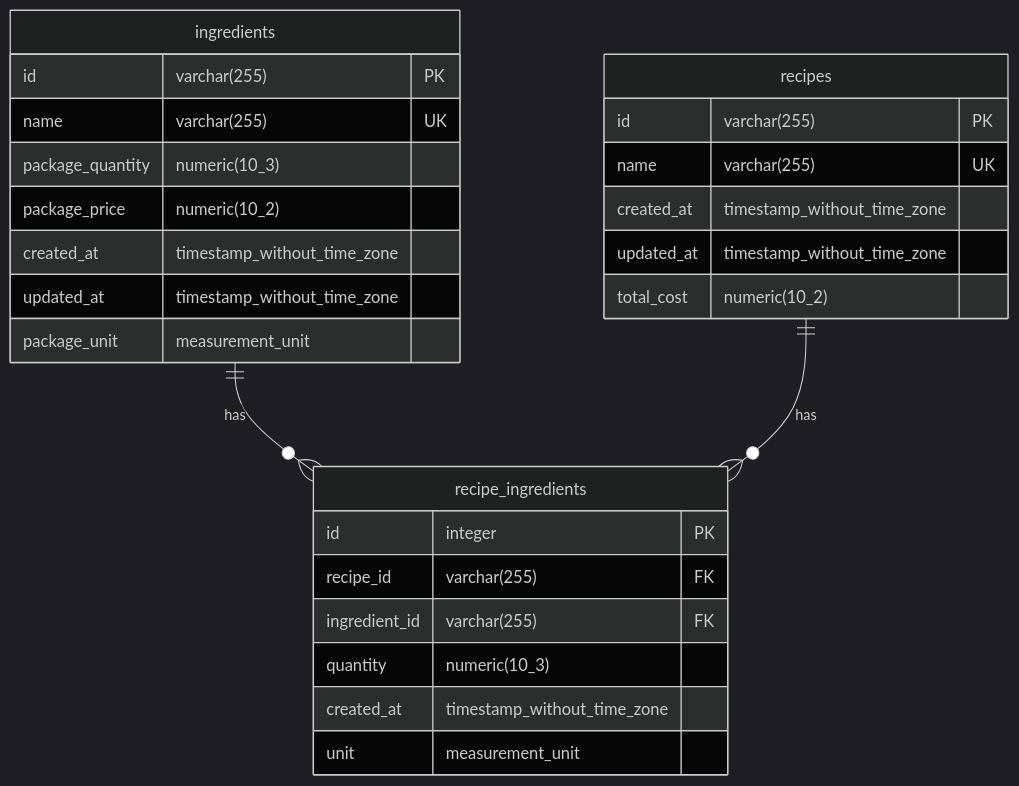
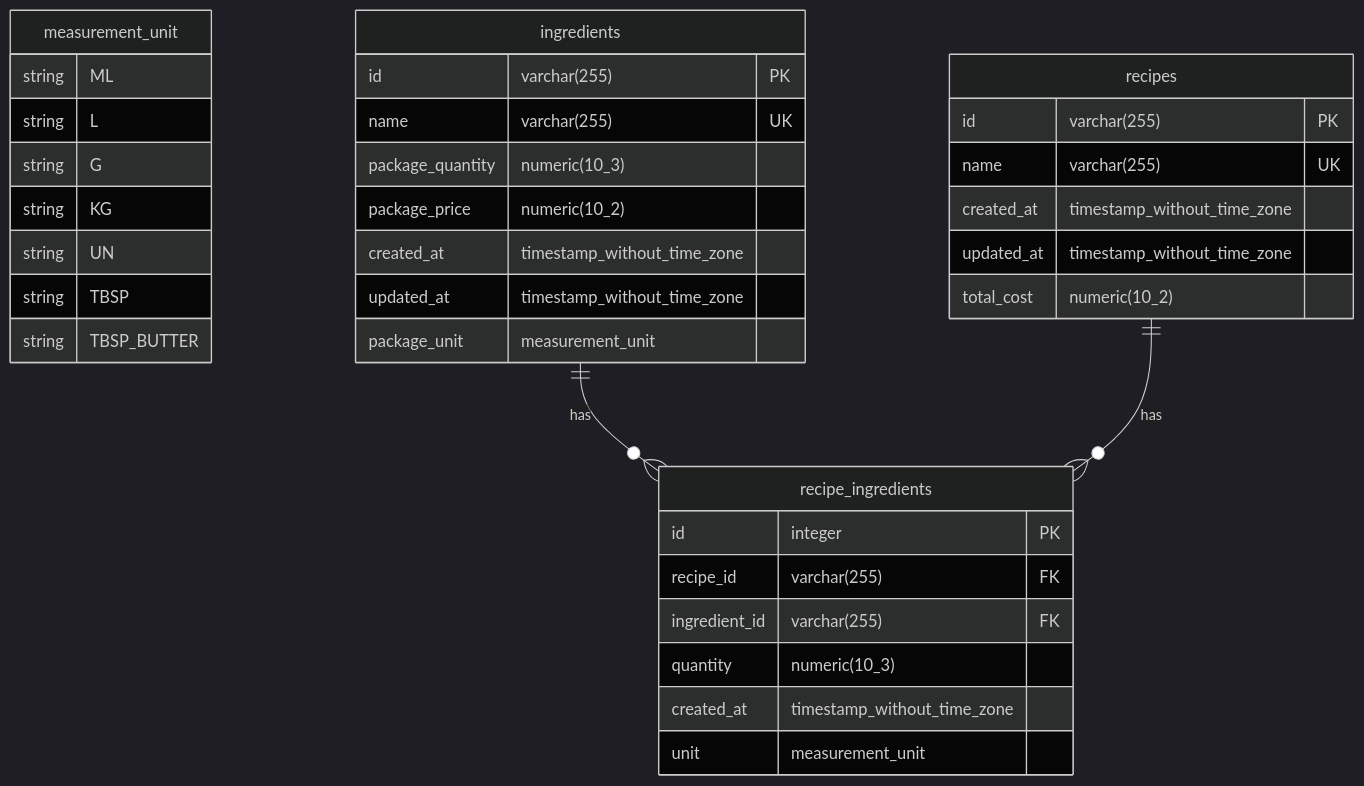
Before and after one commit to ViniciusDev26/costify: the diagram in docs/database-er-diagram.mmd, drawn with Mermaid (dark theme). The commit also changed 2 other files, not shown here.

Commit message:
✨ add ENUMs to ER diagram
- Extract database ENUMs and display them in the ER diagram
- ENUMs appear as entities with their possible values
- Remove separate ENUM documentation file (now integrated in diagram)
- Update README to show ENUMs within the main diagram

ENUMs like 'measurement_unit' now appear alongside tables in the visual diagram.

🤖 Generated with [Claude Code](https://claude.ai/code)

```diff
--- a/docs/database-er-diagram.mmd
+++ b/docs/database-er-diagram.mmd
@@ -1,31 +1,41 @@
 erDiagram
+
+    measurement_unit {
+        string ML
+        string L
+        string G
+        string KG
+        string UN
+        string TBSP
+        string TBSP_BUTTER
+    }
 
     ingredients {
         id varchar(255) PK
         name varchar(255) UK
         package_quantity numeric(10_3)
         package_price numeric(10_2)
         created_at timestamp_without_time_zone
         updated_at timestamp_without_time_zone
         package_unit measurement_unit
     }
 
     recipe_ingredients {
         id integer PK
         recipe_id varchar(255) FK
         ingredient_id varchar(255) FK
         quantity numeric(10_3)
         created_at timestamp_without_time_zone
         unit measurement_unit
     }
 
     recipes {
         id varchar(255) PK
         name varchar(255) UK
         created_at timestamp_without_time_zone
         updated_at timestamp_without_time_zone
         total_cost numeric(10_2)
     }
 
     ingredients ||--o{ recipe_ingredients : "has"
     recipes ||--o{ recipe_ingredients : "has"
```
